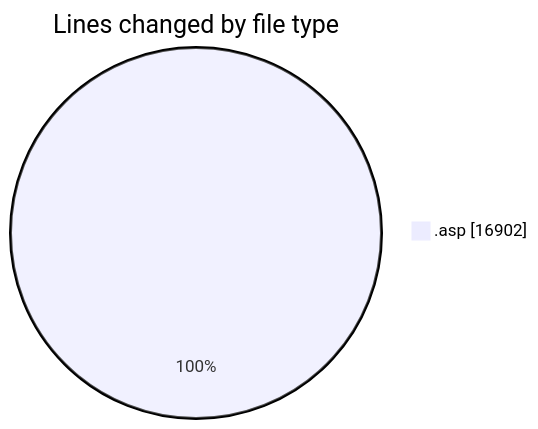
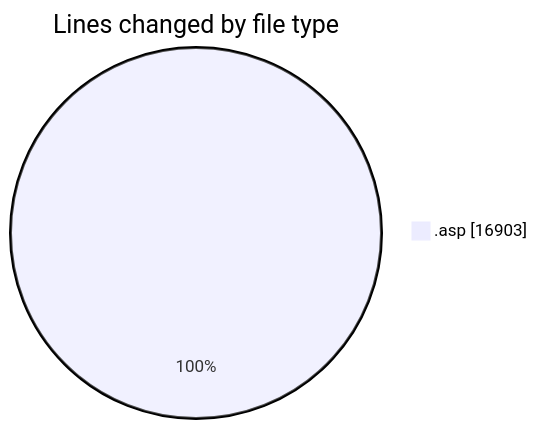
One commit to julien-gomy/code-tracking changed the first of 2 diagrams in 2025-11-14/cdp_aleoudev_fr__workspace_/README.md. Above: the diagram before and after it, drawn with Mermaid. The commit also changed other lines of this file and 1 other file, not shown here.

````diff
--- a/2025-11-14/cdp_aleoudev_fr__workspace_/README.md
+++ b/2025-11-14/cdp_aleoudev_fr__workspace_/README.md
@@ -36,5 +36,5 @@
 ```mermaid
 pie showData
 title Lines changed by file type
-".asp" : 16902
+".asp" : 16903
 ```
````
